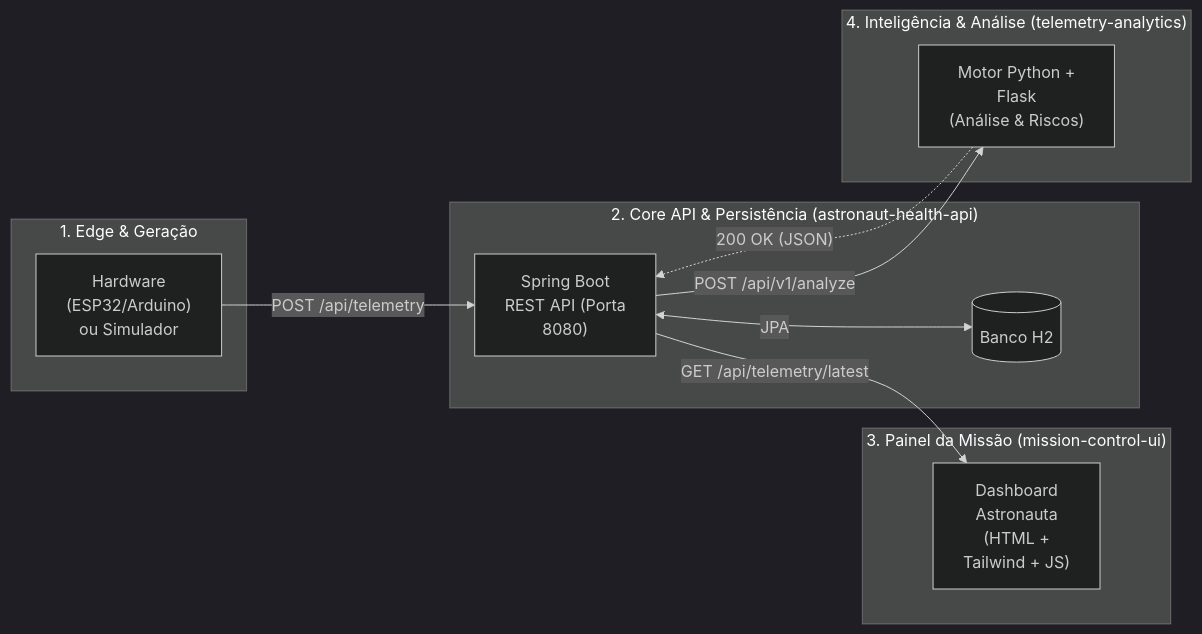
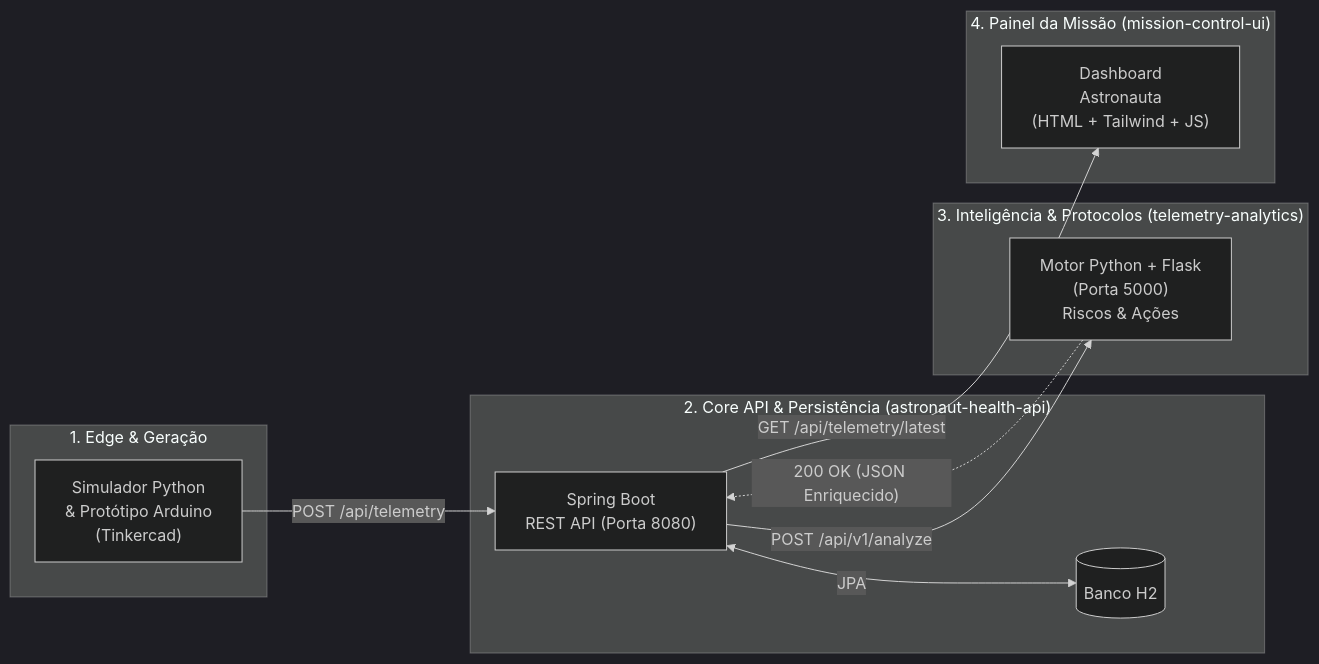
The diagram in profile/README.md (rapadura-cosmica-nasa/.github), drawn with Mermaid (dark theme) before and after one commit. The commit also changed other lines of this file, not shown here.

````diff
--- a/profile/README.md
+++ b/profile/README.md
@@ -22,24 +22,24 @@
 ```mermaid
 graph LR
     subgraph s1["1. Edge & Geração"]
-        Hardware["Hardware<br/>(ESP32/Arduino)<br/>ou Simulador"]
-    end
-
-    subgraph s3["3. Painel da Missão (mission-control-ui)"]
-        Frontend["Dashboard<br/>Astronauta<br/>(HTML +<br/>Tailwind + JS)"]
+        Hardware["Simulador Python<br/>& Protótipo Arduino<br/>(Tinkercad)"]
     end
 
     subgraph s2["2. Core API & Persistência (astronaut-health-api)"]
-        Java["Spring Boot<br/>REST API (Porta<br/>8080)"] <-->|JPA| H2[(Banco H2)]
+        Java["Spring Boot<br/>REST API (Porta 8080)"] <-->|JPA| H2[(Banco H2)]
     end
 
-    subgraph s4["4. Inteligência & Análise (telemetry-analytics)"]
-        Python["Motor Python +<br/>Flask<br/>(Análise & Riscos)"]
+    subgraph s4["3. Inteligência & Protocolos (telemetry-analytics)"]
+        Python["Motor Python + Flask<br/>(Porta 5000)<br/>Riscos & Ações"]
+    end
+
+    subgraph s3["4. Painel da Missão (mission-control-ui)"]
+        Frontend["Dashboard<br/>Astronauta<br/>(HTML + Tailwind + JS)"]
     end
 
     %% Conexões de rede REST
     Hardware -->|POST /api/telemetry| Java
+    Java -->|POST /api/v1/analyze| Python
+    Python -.->|"200 OK (JSON Enriquecido)"| Java
     Java -->|GET /api/telemetry/latest| Frontend
-    Java -->|POST /api/v1/analyze| Python
-    Python -.->|"200 OK (JSON)"| Java
 ```
````
